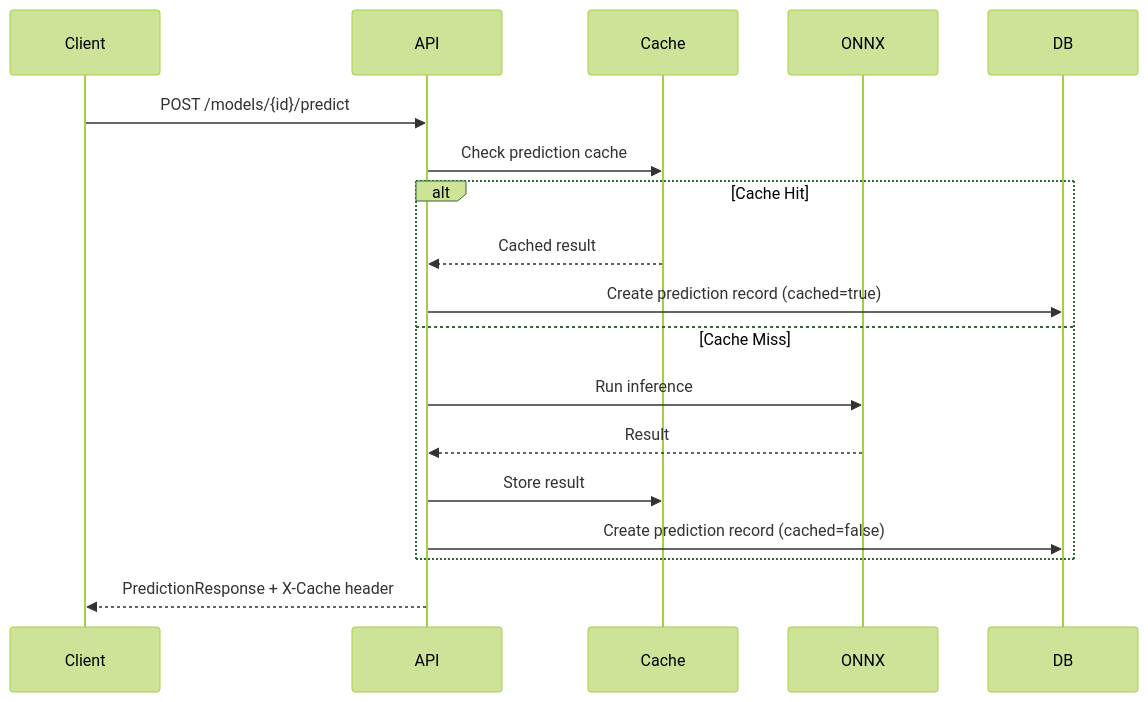
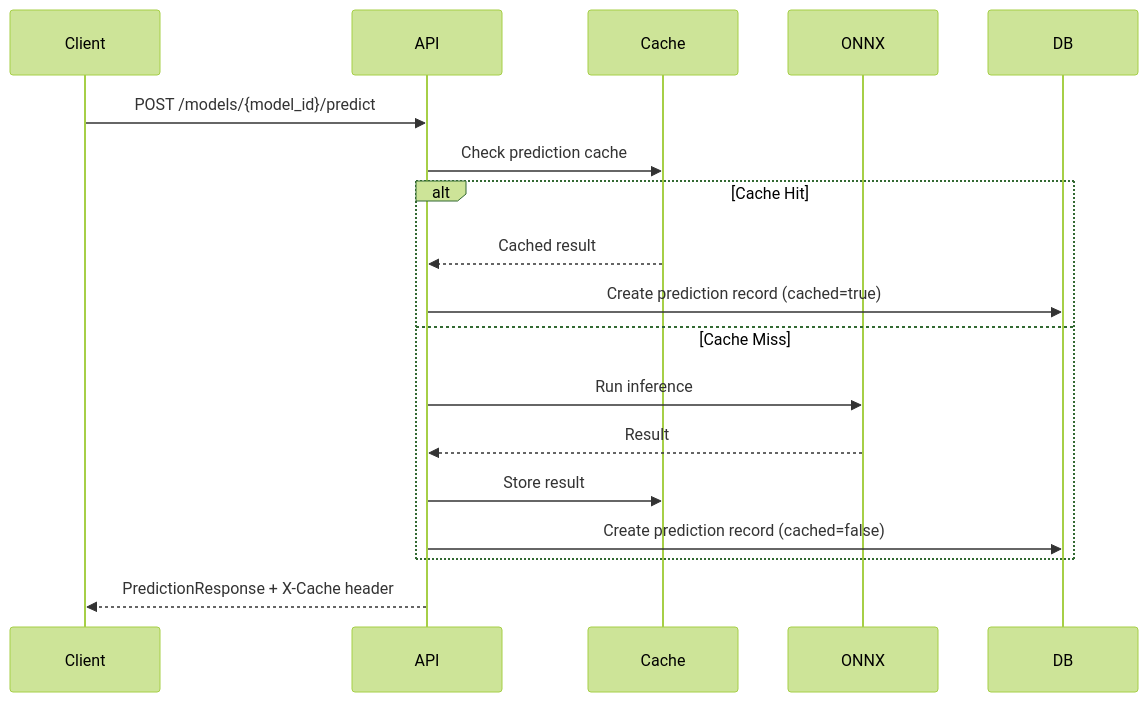
Before and after one commit to JohnRogers-Code-projects/MLForge: the third of 5 diagrams in docs/ARCHITECTURE.md, drawn with Mermaid (forest theme). The commit also changed other lines of this file, not shown here.

First line of the commit message:
fix: address Copilot review comments on architecture docs

````diff
--- a/docs/ARCHITECTURE.md
+++ b/docs/ARCHITECTURE.md
@@ -220,21 +223,21 @@
 ```mermaid
 sequenceDiagram
     participant Client
     participant API
     participant Cache
     participant ONNX
     participant DB
 
-    Client->>API: POST /models/{id}/predict
+    Client->>API: POST /models/{model_id}/predict
     API->>Cache: Check prediction cache
     alt Cache Hit
         Cache-->>API: Cached result
         API->>DB: Create prediction record (cached=true)
     else Cache Miss
         API->>ONNX: Run inference
         ONNX-->>API: Result
         API->>Cache: Store result
         API->>DB: Create prediction record (cached=false)
     end
     API-->>Client: PredictionResponse + X-Cache header
 ```
````
